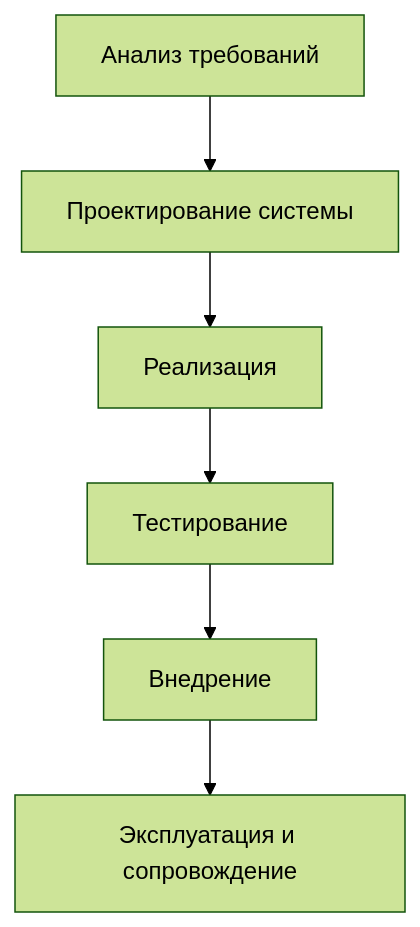
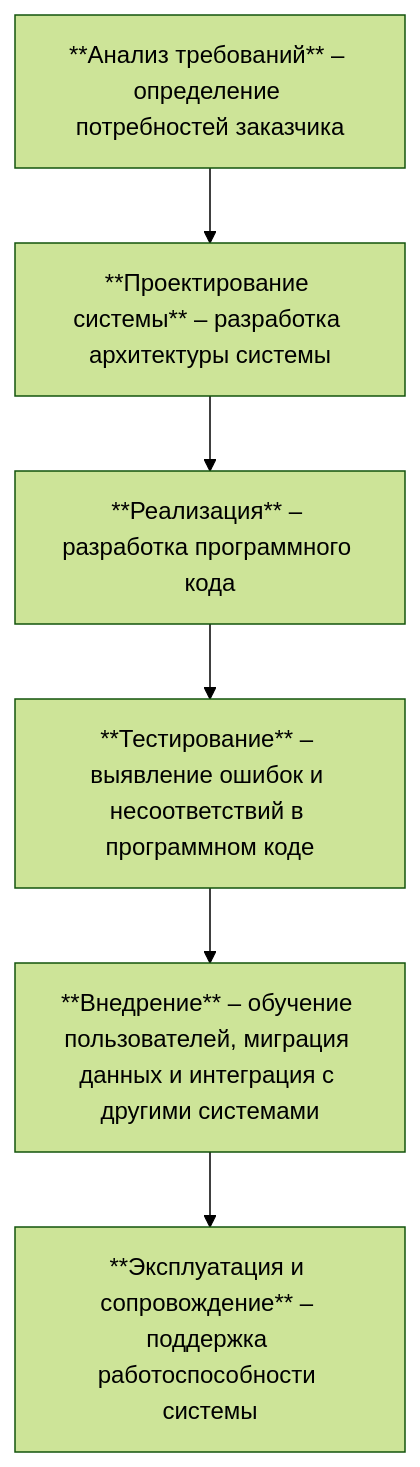
The diagram in q3-AS-dev-stages.md (varlaganova7-star/gf25-01b), drawn with Mermaid (forest theme) before and after one commit.

Commit message:
Расписала этапы разработки АС

````diff
--- a/q3-AS-dev-stages.md
+++ b/q3-AS-dev-stages.md
@@ -20,8 +20,8 @@
 ```mermaid
 flowchart TD
-    A[ Анализ требований] --> B[ Проектирование системы]
-    B --> C[ Реализация]
-    C --> D[ Тестирование]
-    D --> E[ Внедрение]
-    E --> F[ Эксплуатация и сопровождение]
+    A[ **Анализ требований** – определение потребностей заказчика ] --> B[ **Проектирование системы** – разработка архитектуры системы ]
+    B --> C[ **Реализация** – разработка программного кода ]
+    C --> D[ **Тестирование** – выявление ошибок и несоответствий в программном коде ]
+    D --> E[ **Внедрение** – обучение пользователей, миграция данных и интеграция с другими системами ]
+    E --> F[ **Эксплуатация и сопровождение** – поддержка работоспособности системы ]
 ```
````
